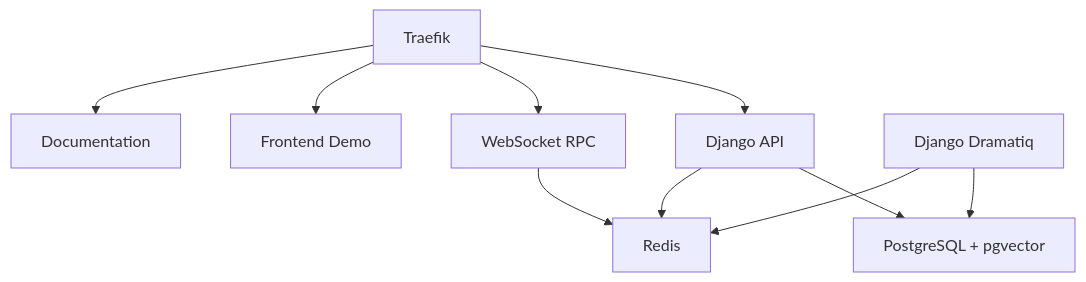
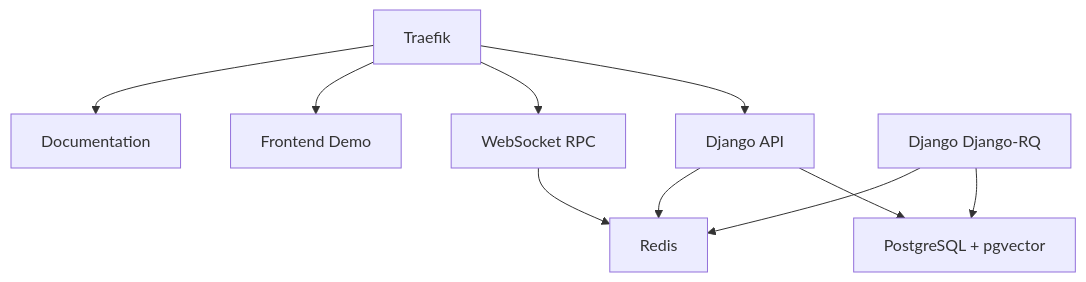
One commit to markolofsen/django-cfg changed the diagram in docs/guides/docker/overview.md. Above: the diagram before and after it, drawn with Mermaid. The commit also changed other lines of this file and 572 other files, not shown here.

````diff
--- a/docs/guides/docker/overview.md
+++ b/docs/guides/docker/overview.md
@@ -40,12 +40,12 @@
 ```mermaid
 graph TB
     A[Traefik] --> B[Django API]
     A --> C[WebSocket RPC]
     A --> D[Frontend Demo]
     A --> E[Documentation]
     B --> F[PostgreSQL + pgvector]
     B --> G[Redis]
     C --> G
-    H[Django Dramatiq] --> F
+    H[Django Django-RQ] --> F
     H --> G
 ```
````
